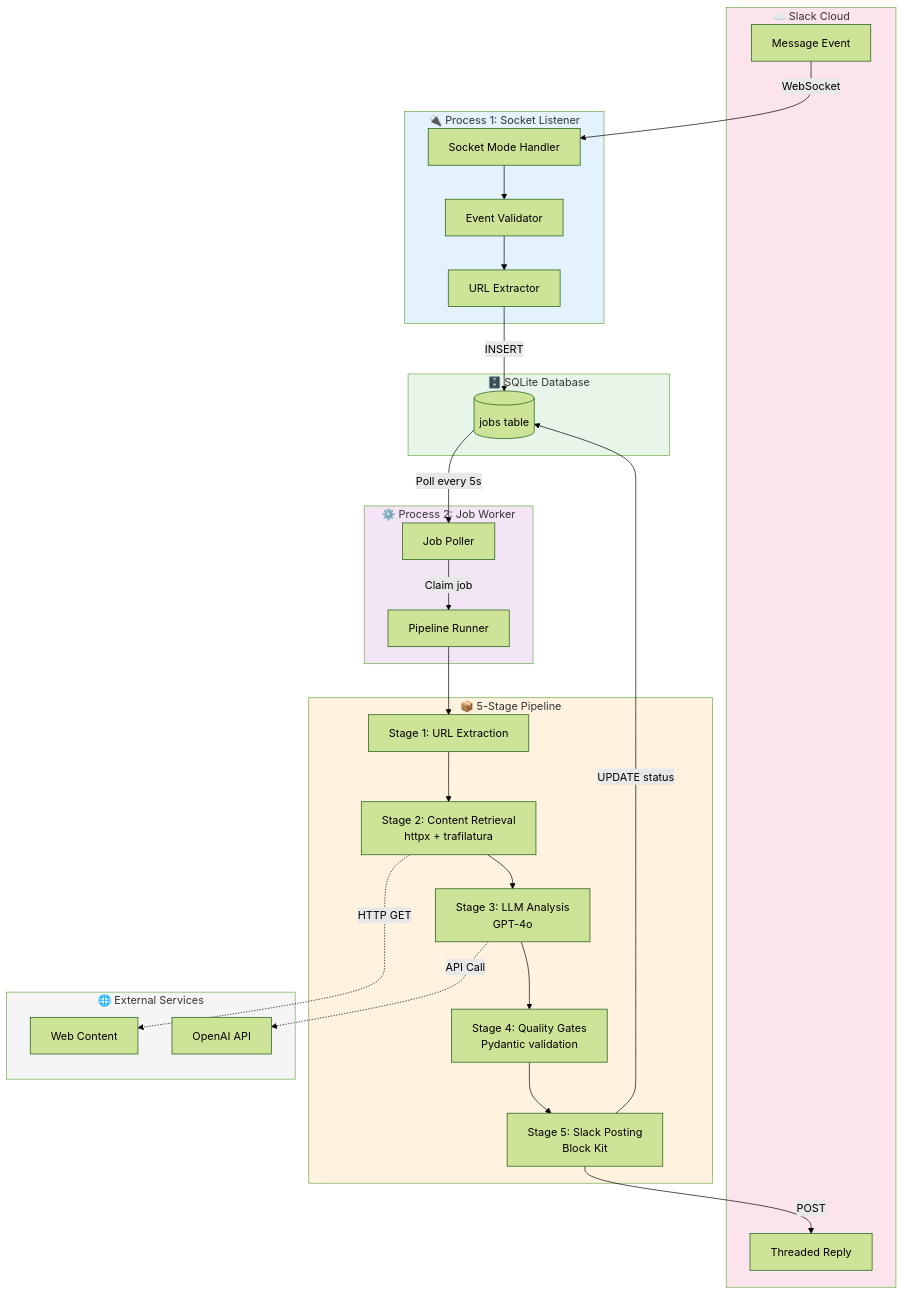
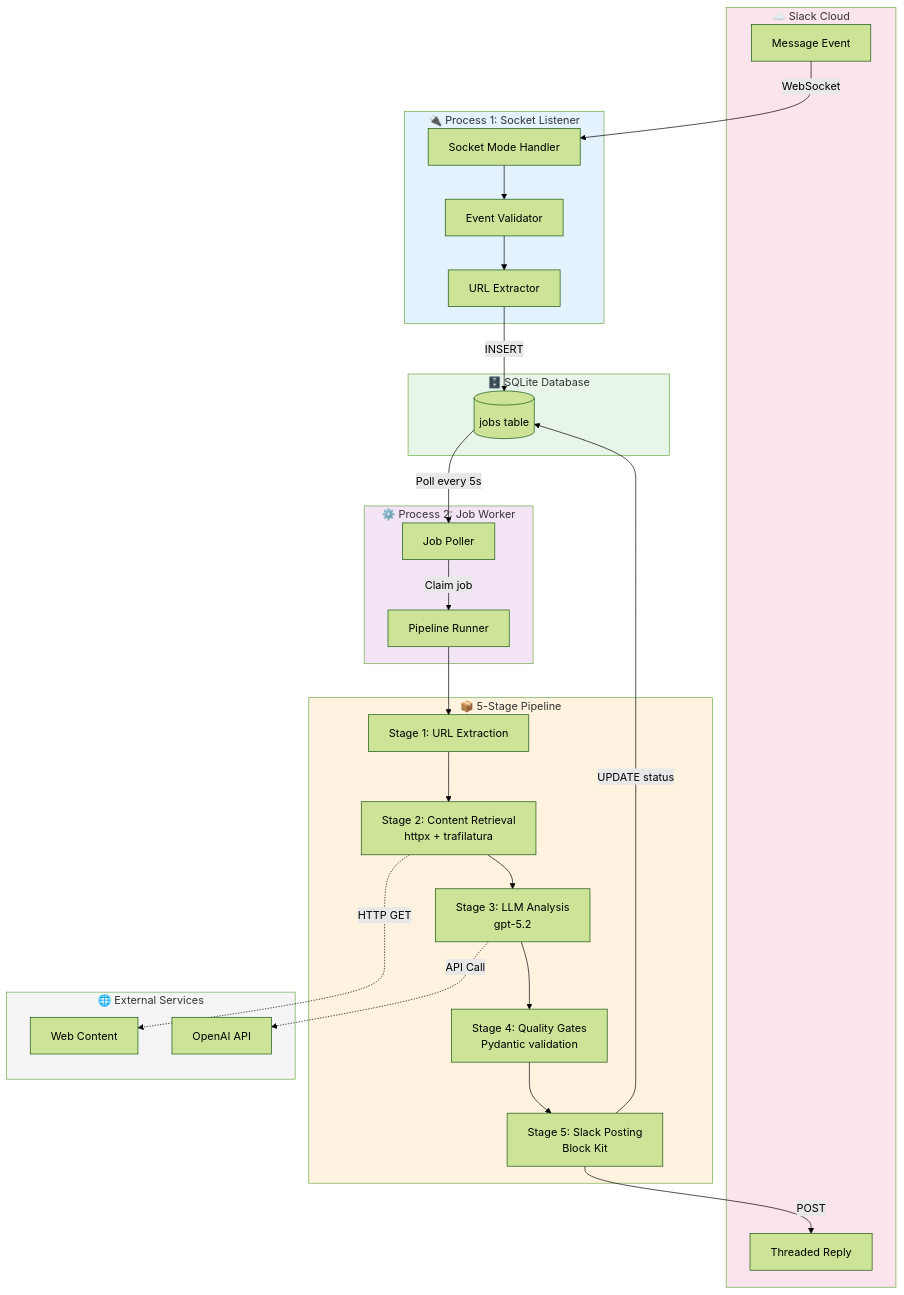
Before and after one commit to G-Donkey/SlackbotTechnoshare: the third of 5 diagrams in docs/ARCHITECTURE_DIAGRAMS.md, drawn with Mermaid (forest theme). The commit also changed other lines of this file and 6 other files, not shown here.

````diff
--- a/docs/ARCHITECTURE_DIAGRAMS.md
+++ b/docs/ARCHITECTURE_DIAGRAMS.md
@@ -118,61 +118,61 @@
 ```mermaid
 graph TB
     subgraph Slack["☁️ Slack Cloud"]
         Event[Message Event]
         Reply[Threaded Reply]
     end
     
     subgraph Process1["🔌 Process 1: Socket Listener"]
         SocketMode[Socket Mode Handler]
         Validator[Event Validator]
         URLExtractor[URL Extractor]
     end
     
     subgraph Database["🗄️ SQLite Database"]
         JobsTable[(jobs table)]
     end
     
     subgraph Process2["⚙️ Process 2: Job Worker"]
         Poller[Job Poller]
         PipelineRunner[Pipeline Runner]
     end
     
     subgraph Pipeline["📦 5-Stage Pipeline"]
         S1[Stage 1: URL Extraction]
         S2[Stage 2: Content Retrieval<br/>httpx + trafilatura]
-        S3[Stage 3: LLM Analysis<br/>GPT-4o]
+        S3[Stage 3: LLM Analysis<br/>gpt-5.2]
         S4[Stage 4: Quality Gates<br/>Pydantic validation]
         S5[Stage 5: Slack Posting<br/>Block Kit]
     end
     
     subgraph External["🌐 External Services"]
         OpenAI[OpenAI API]
         Web[Web Content]
     end
     
     Event -->|WebSocket| SocketMode
     SocketMode --> Validator
     Validator --> URLExtractor
     URLExtractor -->|INSERT| JobsTable
     
     JobsTable -->|Poll every 5s| Poller
     Poller -->|Claim job| PipelineRunner
     
     PipelineRunner --> S1
     S1 --> S2
     S2 -.->|HTTP GET| Web
     S2 --> S3
     S3 -.->|API Call| OpenAI
     S3 --> S4
     S4 --> S5
     S5 -->|POST| Reply
     
     S5 -->|UPDATE status| JobsTable
     
     style Process1 fill:#e3f2fd
     style Process2 fill:#f3e5f5
     style Pipeline fill:#fff3e0
     style Database fill:#e8f5e9
     style Slack fill:#fce4ec
     style External fill:#f5f5f5
 ```
````
